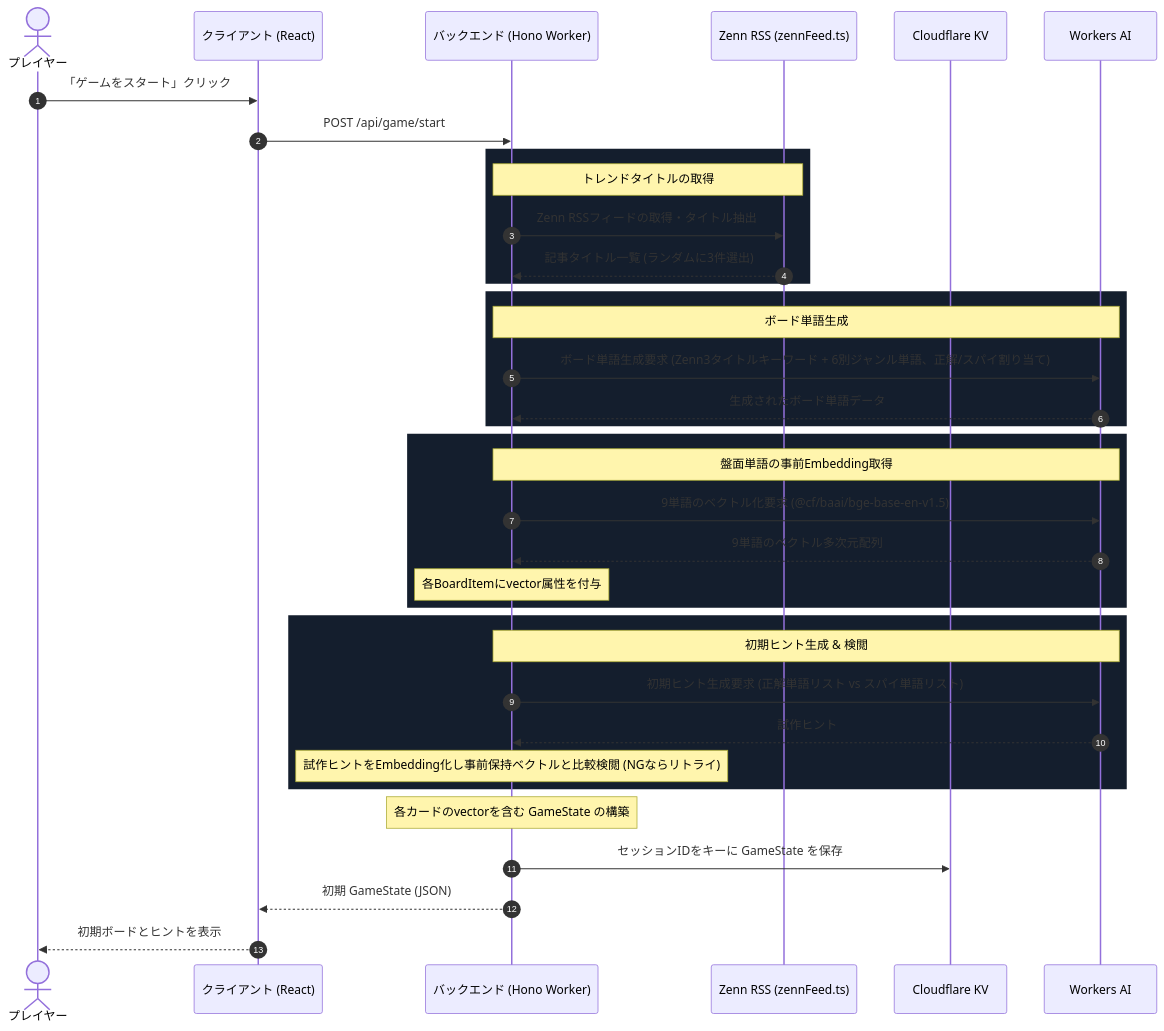
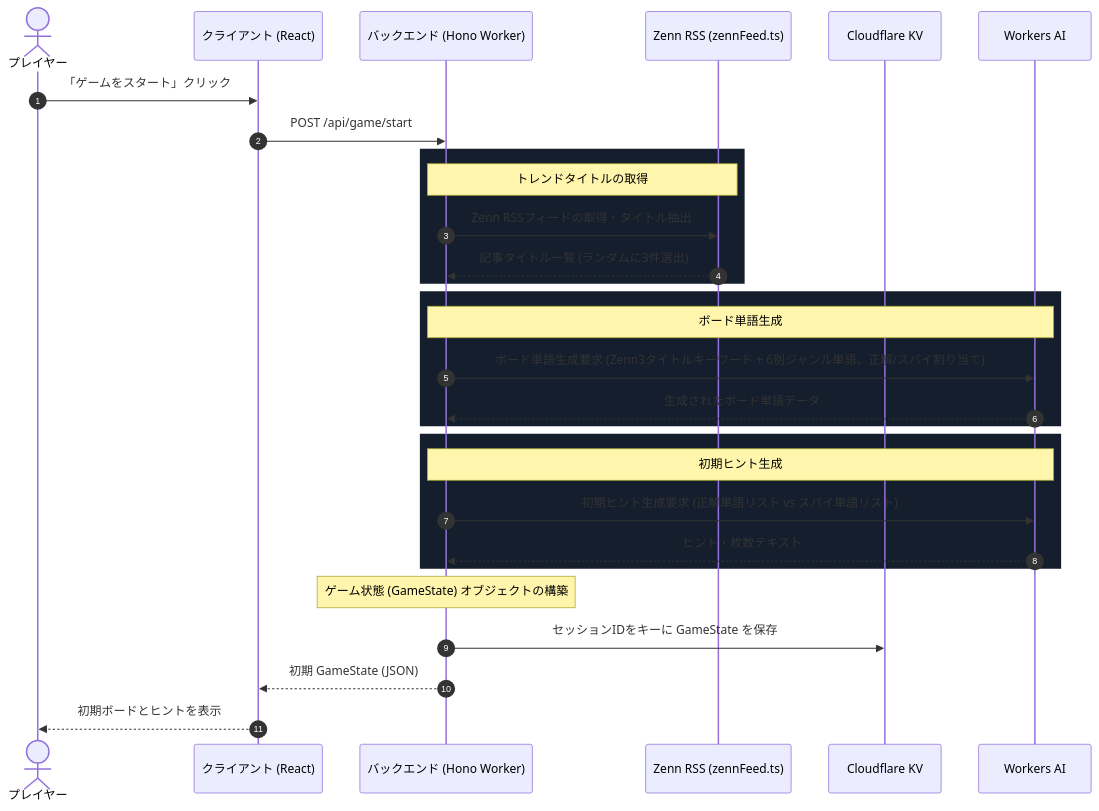
Before and after one commit to Eztas/cloude: the second of 3 diagrams in docs/architecture.md, drawn with Mermaid. The commit also changed other lines of this file and 13 other files, not shown here.

````diff
--- a/docs/architecture.md
+++ b/docs/architecture.md
@@ -88,44 +87,36 @@
 ```mermaid
 sequenceDiagram
     autonumber
     actor User as プレイヤー
     participant Client as クライアント (React)
     participant Worker as バックエンド (Hono Worker)
     participant Zenn as Zenn RSS (zennFeed.ts)
     participant KV as Cloudflare KV
     participant AI as Workers AI
 
     User ->> Client: 「ゲームをスタート」クリック
     Client ->> Worker: POST /api/game/start
     
     rect rgb(20, 30, 45)
         Note over Worker, Zenn: トレンドタイトルの取得
         Worker ->> Zenn: Zenn RSSフィードの取得・タイトル抽出
         Zenn -->> Worker: 記事タイトル一覧 (ランダムに3件選出)
     end
 
     rect rgb(20, 30, 45)
         Note over Worker, AI: ボード単語生成
         Worker ->> AI: ボード単語生成要求 (Zenn3タイトルキーワード + 6別ジャンル単語、正解/スパイ割り当て)
         AI -->> Worker: 生成されたボード単語データ
     end
 
     rect rgb(20, 30, 45)
-        Note over Worker, AI: 盤面単語の事前Embedding取得
-        Worker ->> AI: 9単語のベクトル化要求 (@cf/baai/bge-base-en-v1.5)
-        AI -->> Worker: 9単語のベクトル多次元配列
-        Note over Worker: 各BoardItemにvector属性を付与
+        Note over Worker, AI: 初期ヒント生成
+        Worker ->> AI: 初期ヒント生成要求 (正解単語リスト vs スパイ単語リスト)
+        AI -->> Worker: ヒント・枚数テキスト
     end
 
-    rect rgb(20, 30, 45)
-        Note over Worker, AI: 初期ヒント生成 & 検閲
-        Worker ->> AI: 初期ヒント生成要求 (正解単語リスト vs スパイ単語リスト)
-        AI -->> Worker: 試作ヒント
-        Note over Worker: 試作ヒントをEmbedding化し事前保持ベクトルと比較検閲 (NGならリトライ)
-    end
-
-    Note over Worker: 各カードのvectorを含む GameState の構築
+    Note over Worker: ゲーム状態 (GameState) オブジェクトの構築
     Worker ->> KV: セッションIDをキーに GameState を保存
     Worker -->> Client: 初期 GameState (JSON)
     Client -->> User: 初期ボードとヒントを表示
 ```
````
